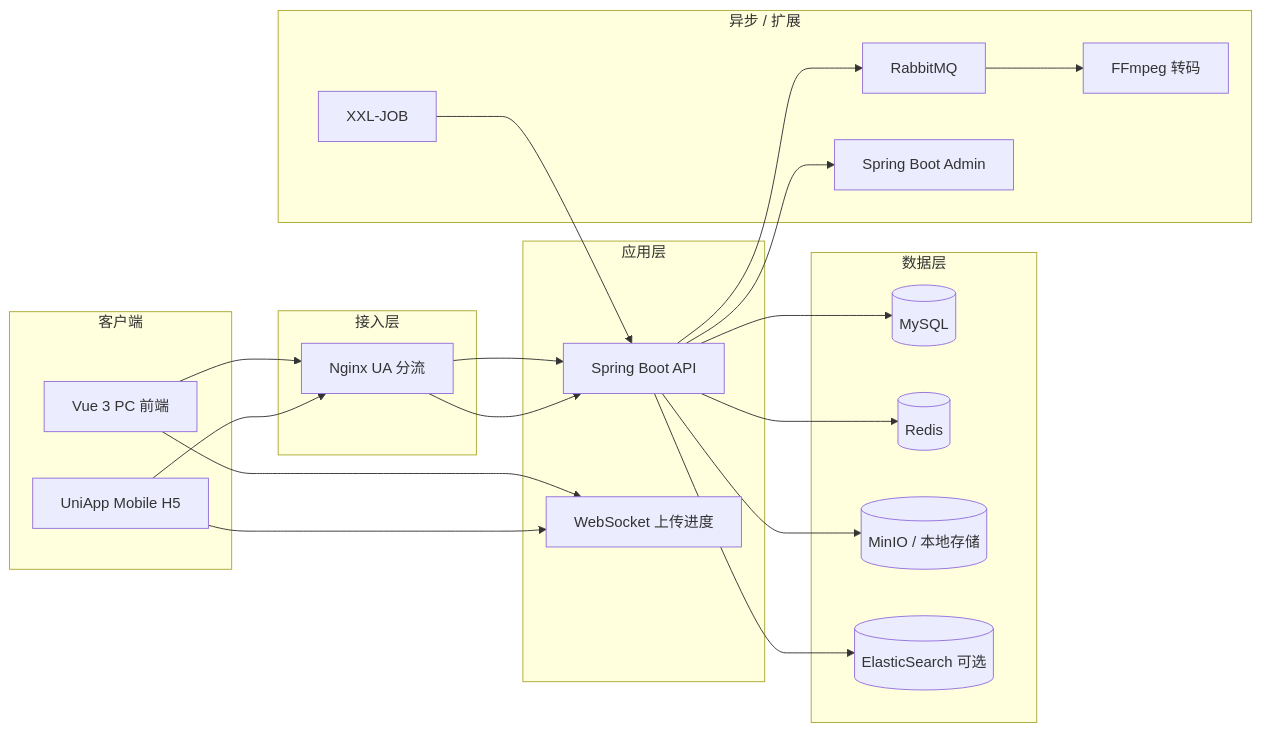
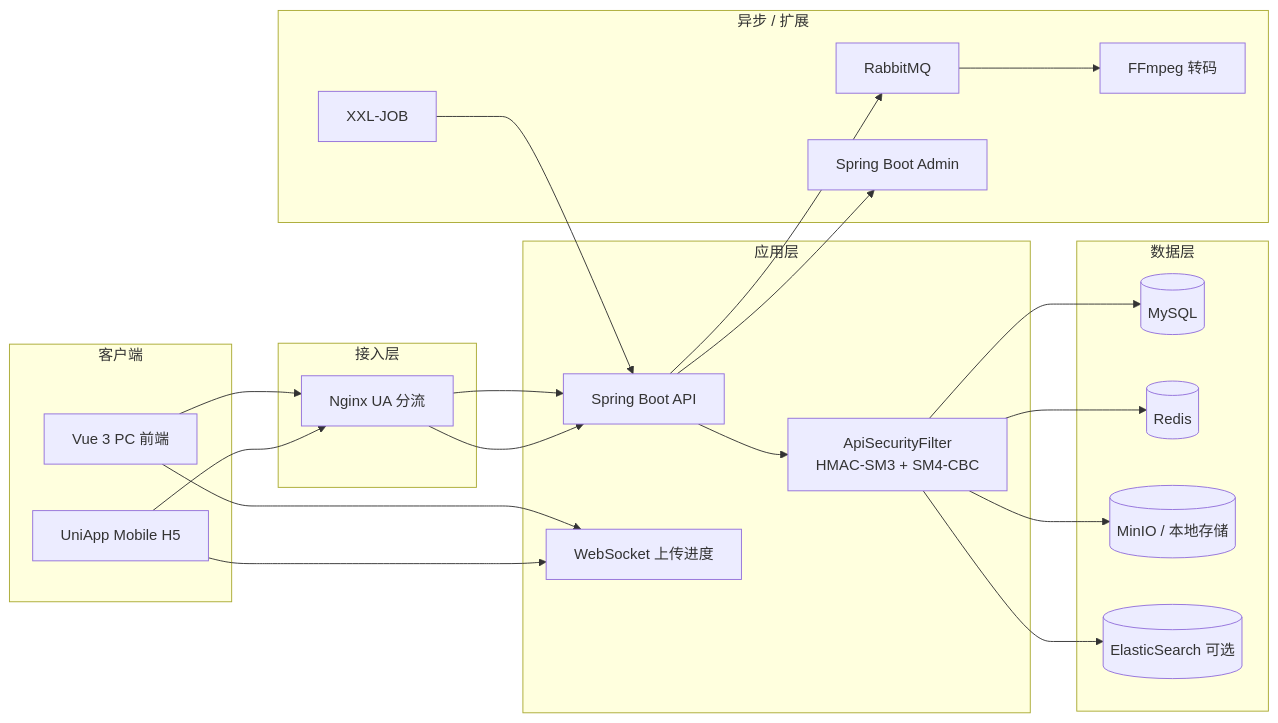
Before and after one commit to wushij/cloud-disk: the diagram in README.md, drawn with Mermaid. The commit also changed other lines of this file and 35 other files, not shown here.

````diff
--- a/README.md
+++ b/README.md
@@ -74,37 +76,39 @@
 ```mermaid
 flowchart LR
   subgraph client [客户端]
     Web[Vue 3 PC 前端]
     Mobile[UniApp Mobile H5]
   end
   subgraph gateway [接入层]
     Nginx[Nginx UA 分流]
   end
   subgraph app [应用层]
     API[Spring Boot API]
     WS[WebSocket 上传进度]
+    Sec[ApiSecurityFilter<br/>HMAC-SM3 + SM4-CBC]
   end
   subgraph data [数据层]
     MySQL[(MySQL)]
     Redis[(Redis)]
     MinIO[(MinIO / 本地存储)]
     ES[(ElasticSearch 可选)]
   end
   subgraph async [异步 / 扩展]
     MQ[RabbitMQ]
     Job[XXL-JOB]
     FFmpeg[FFmpeg 转码]
     Admin[Spring Boot Admin]
   end
   Web --> Nginx --> API
   Mobile --> Nginx --> API
   Web --> WS
   Mobile --> WS
-  API --> MySQL
-  API --> Redis
-  API --> MinIO
-  API --> ES
+  API --> Sec
+  Sec --> MySQL
+  Sec --> Redis
+  Sec --> MinIO
+  Sec --> ES
   API --> MQ --> FFmpeg
   Job --> API
   API --> Admin
 ```
````
